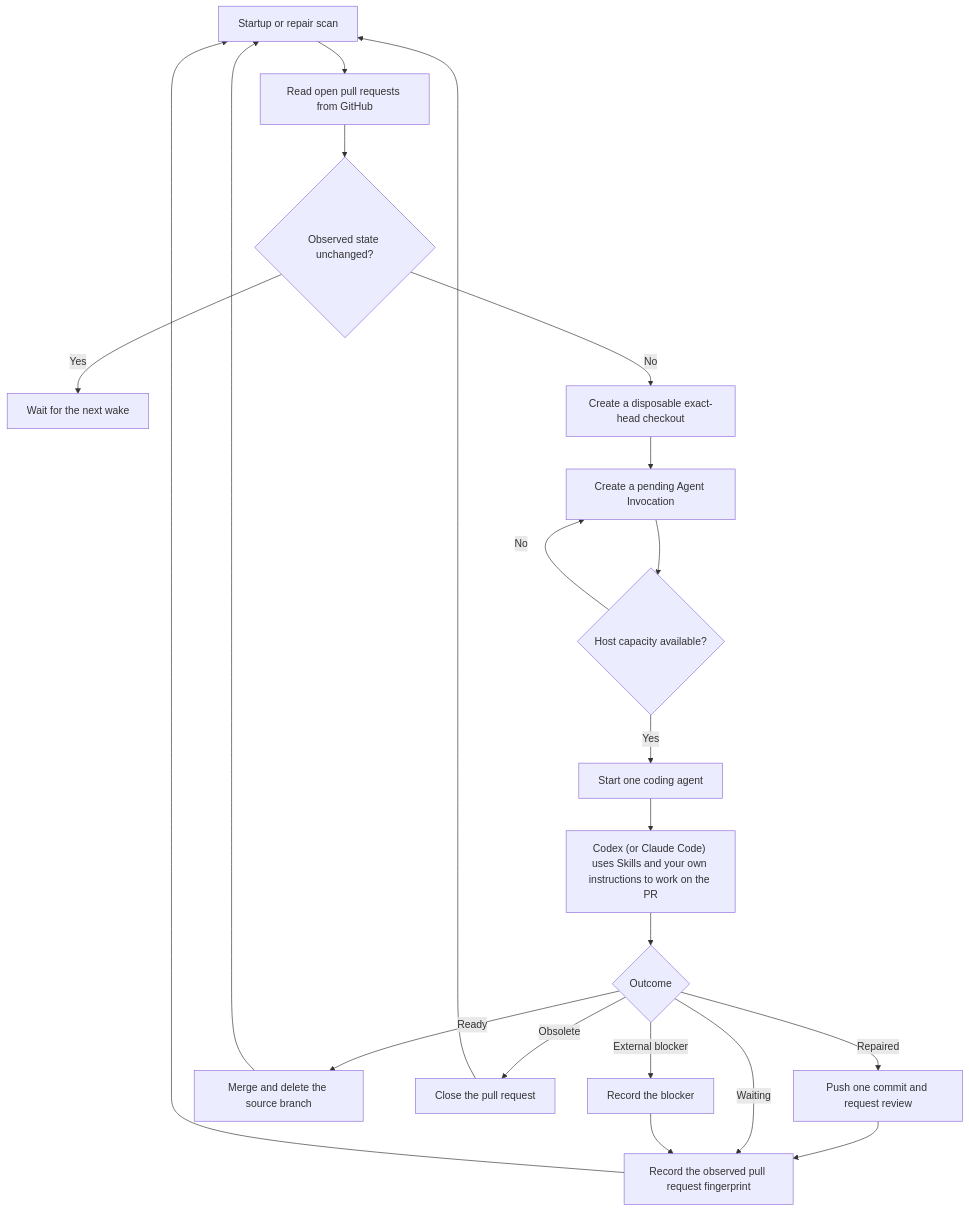
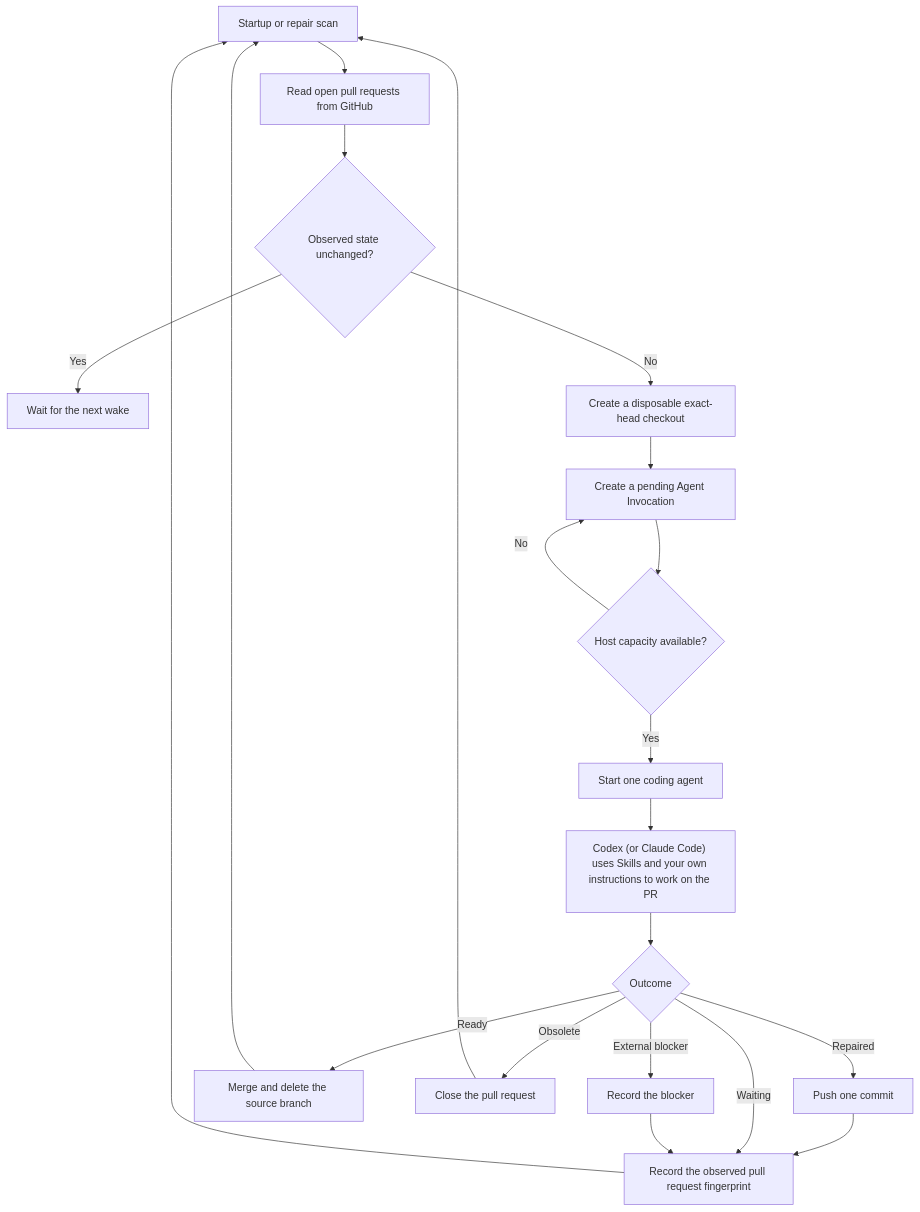
One commit to vite-hub/babysitter changed the diagram in README.md. Above: the diagram before and after it, drawn with Mermaid. The commit also changed other lines of this file and 2 other files, not shown here.

Commit message:
fix: leave Codex review to repository automation

````diff
--- a/README.md
+++ b/README.md
@@ -7,23 +7,23 @@
 ```mermaid
 flowchart TD
     wake["Startup or repair scan"] --> discover["Read open pull requests from GitHub"]
     discover --> unchanged{"Observed state unchanged?"}
     unchanged -- Yes --> wait["Wait for the next wake"]
     unchanged -- No --> checkout["Create a disposable exact-head checkout"]
     checkout --> pending["Create a pending Agent Invocation"]
     pending --> capacity{"Host capacity available?"}
     capacity -- No --> pending
     capacity -- Yes --> agent["Start one coding agent"]
     agent --> work["Codex (or Claude Code) uses Skills and your own instructions to work on the PR"]
     work --> outcome{"Outcome"}
-    outcome -- Repaired --> review["Push one commit and request review"]
-    review --> park["Record the observed pull request fingerprint"]
+    outcome -- Repaired --> pushed["Push one commit"]
+    pushed --> park["Record the observed pull request fingerprint"]
     outcome -- Waiting --> park
     outcome -- Ready --> merge["Merge and delete the source branch"]
     outcome -- Obsolete --> close["Close the pull request"]
     outcome -- External blocker --> block["Record the blocker"]
     block --> park
     park --> wake
     merge --> wake
     close --> wake
 ```
````
